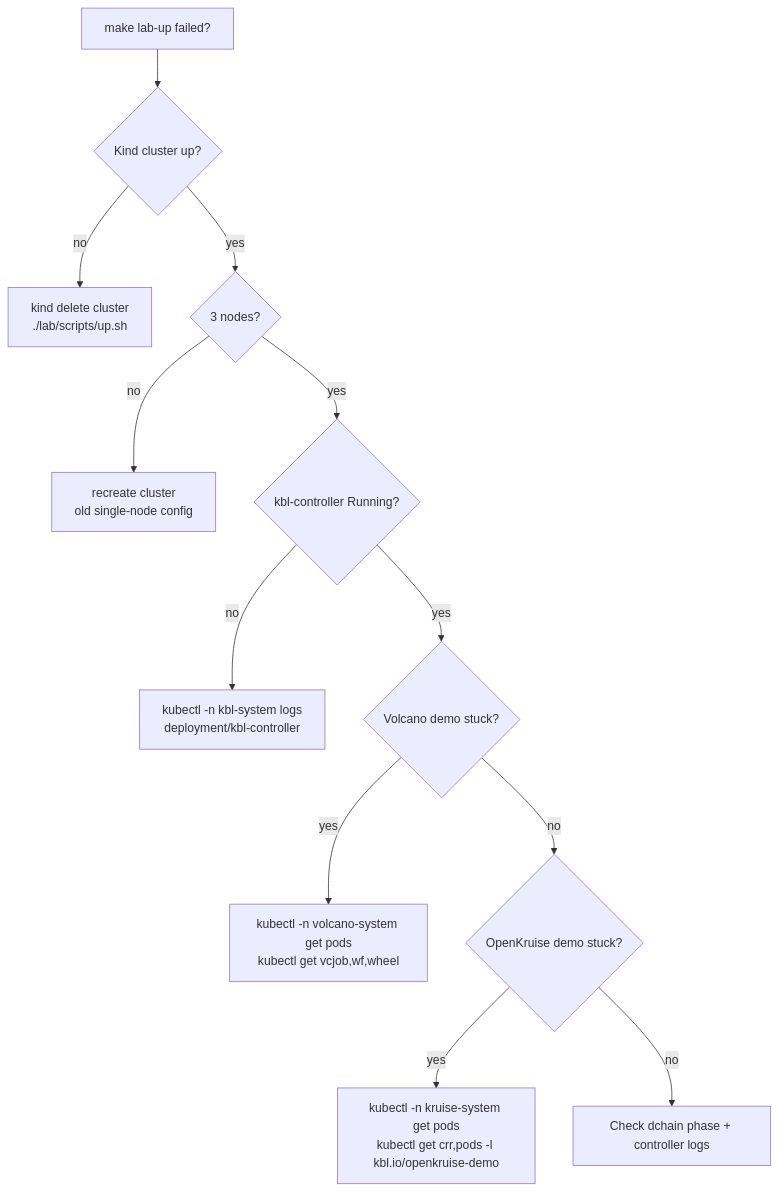
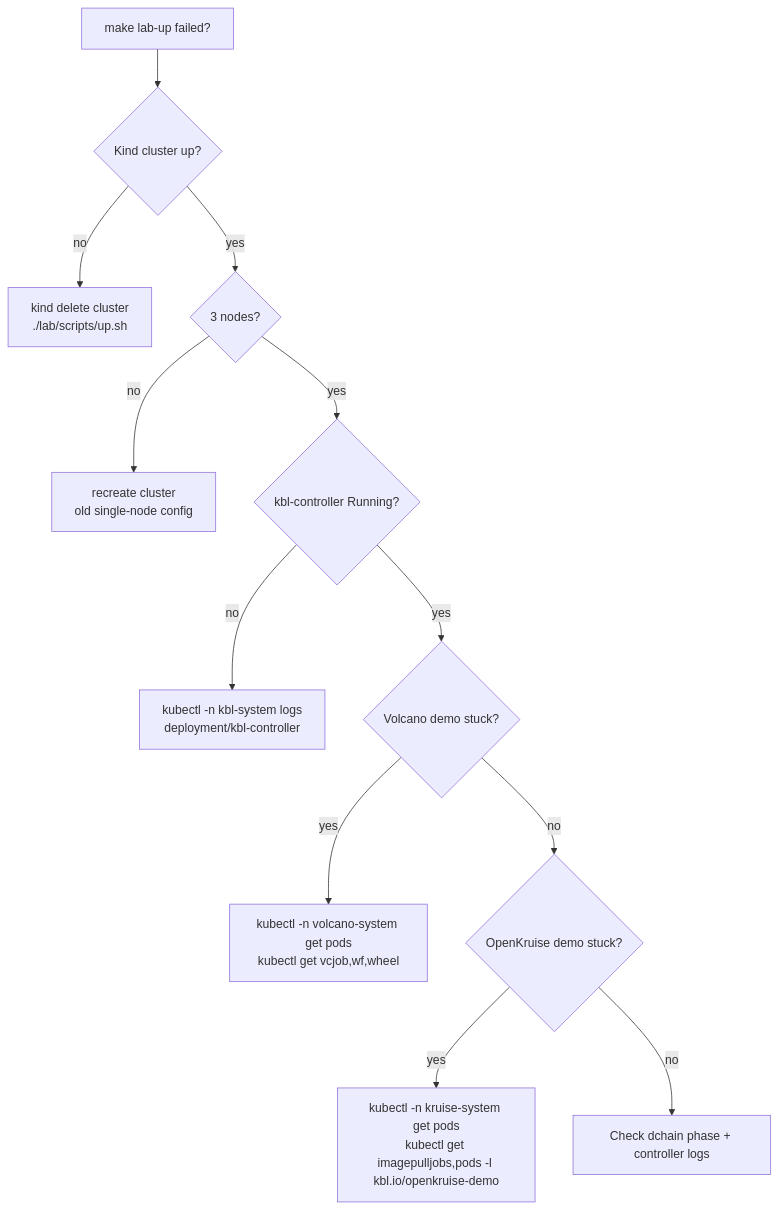
Before and after one commit to jmjava/uber-lang-of-compute: diagram 16 of 17 in docs/diagrams.md, drawn with Mermaid. The commit also changed other lines of this file and 20 other files, not shown here.

````diff
--- a/docs/diagrams.md
+++ b/docs/diagrams.md
@@ -388,14 +393,14 @@
 ```mermaid
 flowchart TD
   START[make lab-up failed?] --> KIND{Kind cluster up?}
   KIND -->|no| FIX1[kind delete cluster<br/>./lab/scripts/up.sh]
   KIND -->|yes| NODES{3 nodes?}
   NODES -->|no| FIX2[recreate cluster<br/>old single-node config]
   NODES -->|yes| CTRL{kbl-controller Running?}
   CTRL -->|no| FIX3[kubectl -n kbl-system logs<br/>deployment/kbl-controller]
   CTRL -->|yes| VOL{Volcano demo stuck?}
   VOL -->|yes| FIX4[kubectl -n volcano-system get pods<br/>kubectl get vcjob,wf,wheel]
   VOL -->|no| OK{OpenKruise demo stuck?}
-  OK -->|yes| FIX5[kubectl -n kruise-system get pods<br/>kubectl get crr,pods -l kbl.io/openkruise-demo]
+  OK -->|yes| FIX5[kubectl -n kruise-system get pods<br/>kubectl get imagepulljobs,pods -l kbl.io/openkruise-demo]
   OK -->|no| DONE[Check dchain phase + controller logs]
 ```
````
